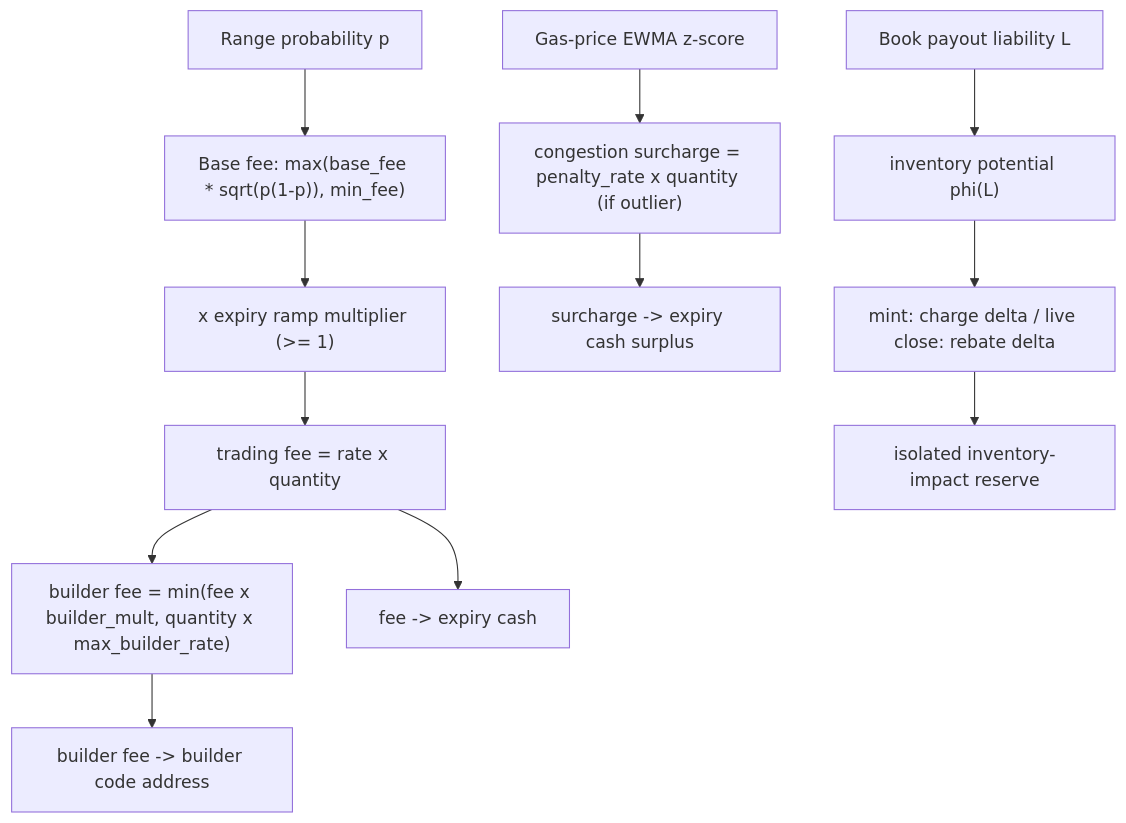
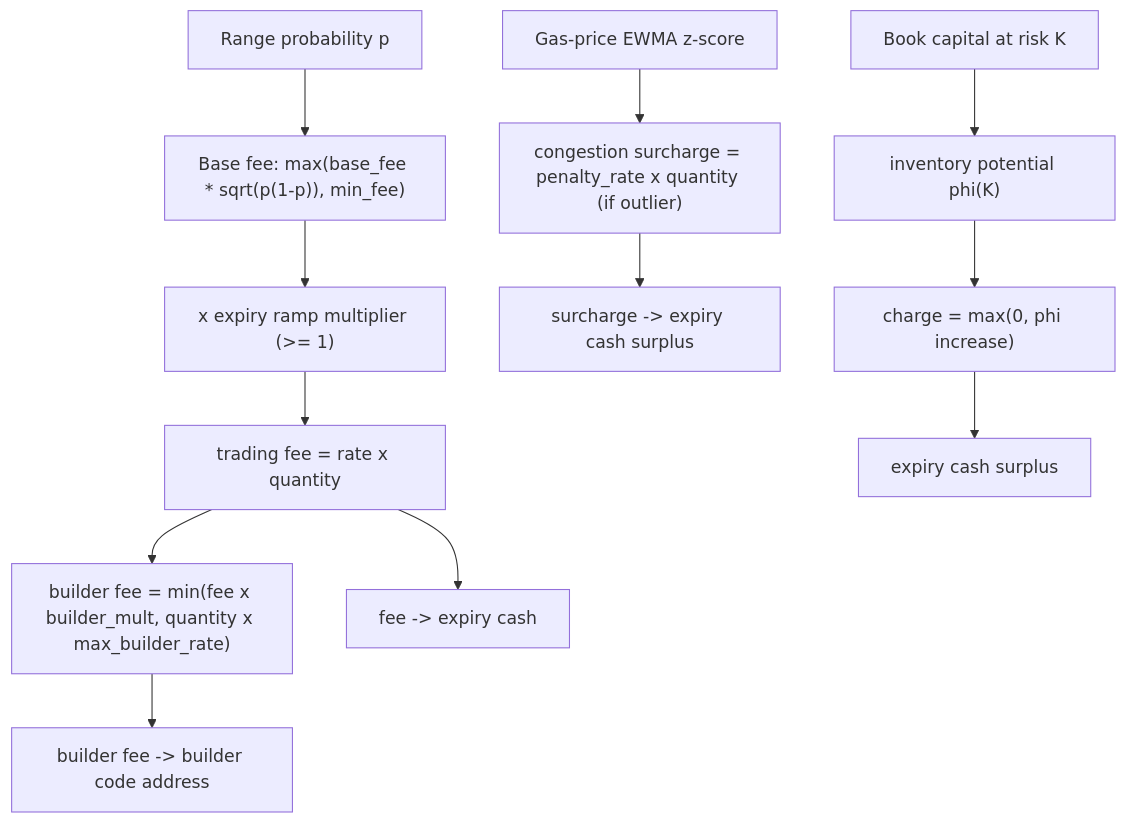
Before and after one commit to MystenLabs/deepbookv3: the diagram in packages/predict/docs/concepts/fees-and-rebates.md, drawn with Mermaid. The commit also changed other lines of this file and 55 other files, not shown here.

First line of the commit message:
predict: rematerialize the inventory grid on the live forward

````diff
--- a/packages/predict/docs/concepts/fees-and-rebates.md
+++ b/packages/predict/docs/concepts/fees-and-rebates.md
@@ -148,14 +139,14 @@
 ```mermaid
 flowchart TD
     P[Range probability p] --> BF["Base fee: max(base_fee * sqrt(p(1-p)), min_fee)"]
     BF --> RAMP["x expiry ramp multiplier (>= 1)"]
     RAMP --> FEE[trading fee = rate x quantity]
     FEE --> BUILD["builder fee = min(fee x builder_mult, quantity x max_builder_rate)"]
     GAS[Gas-price EWMA z-score] --> CONG["congestion surcharge = penalty_rate x quantity (if outlier)"]
     FEE --> COLLECT[fee -> expiry cash]
     BUILD --> BUILDER[builder fee -> builder code address]
     CONG --> SURPLUS[surcharge -> expiry cash surplus]
-    L[Book payout liability L] --> PHI["inventory potential phi(L)"]
-    PHI --> IMPACT["mint: charge delta / live close: rebate delta"]
-    IMPACT --> IRESERVE[isolated inventory-impact reserve]
+    K[Book capital at risk K] --> PHI["inventory potential phi(K)"]
+    PHI --> IMPACT["charge = max(0, phi increase)"]
+    IMPACT --> ICASH[expiry cash surplus]
 ```
````
